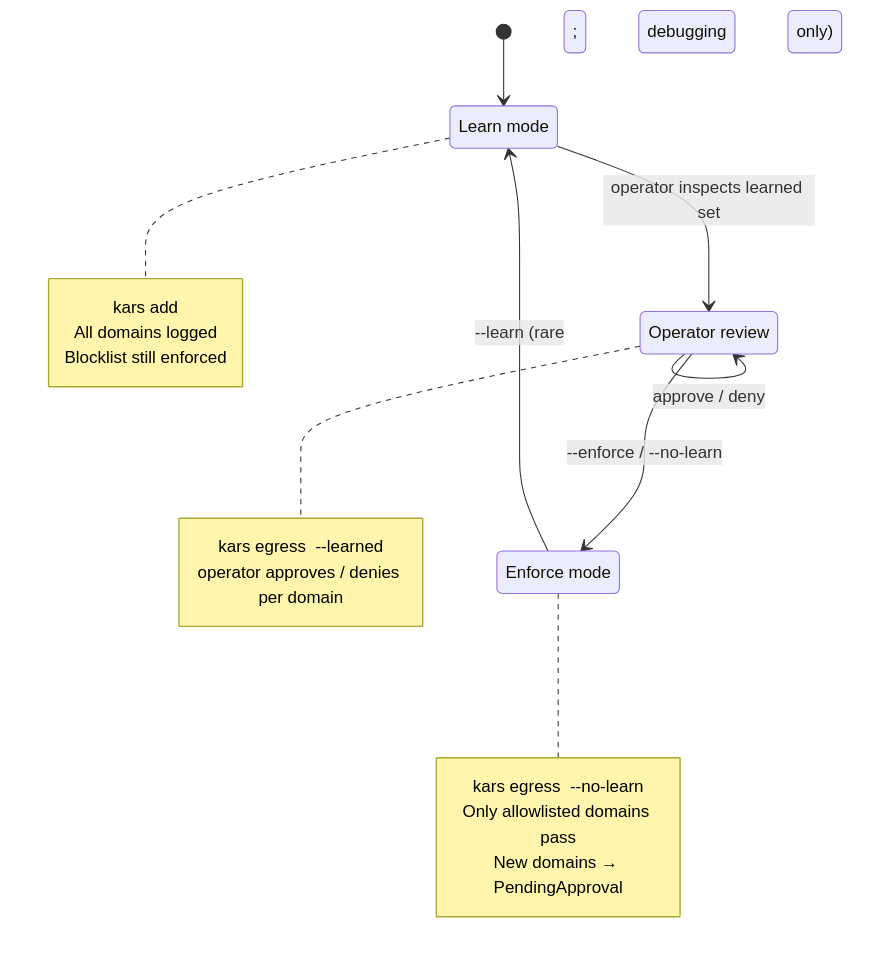
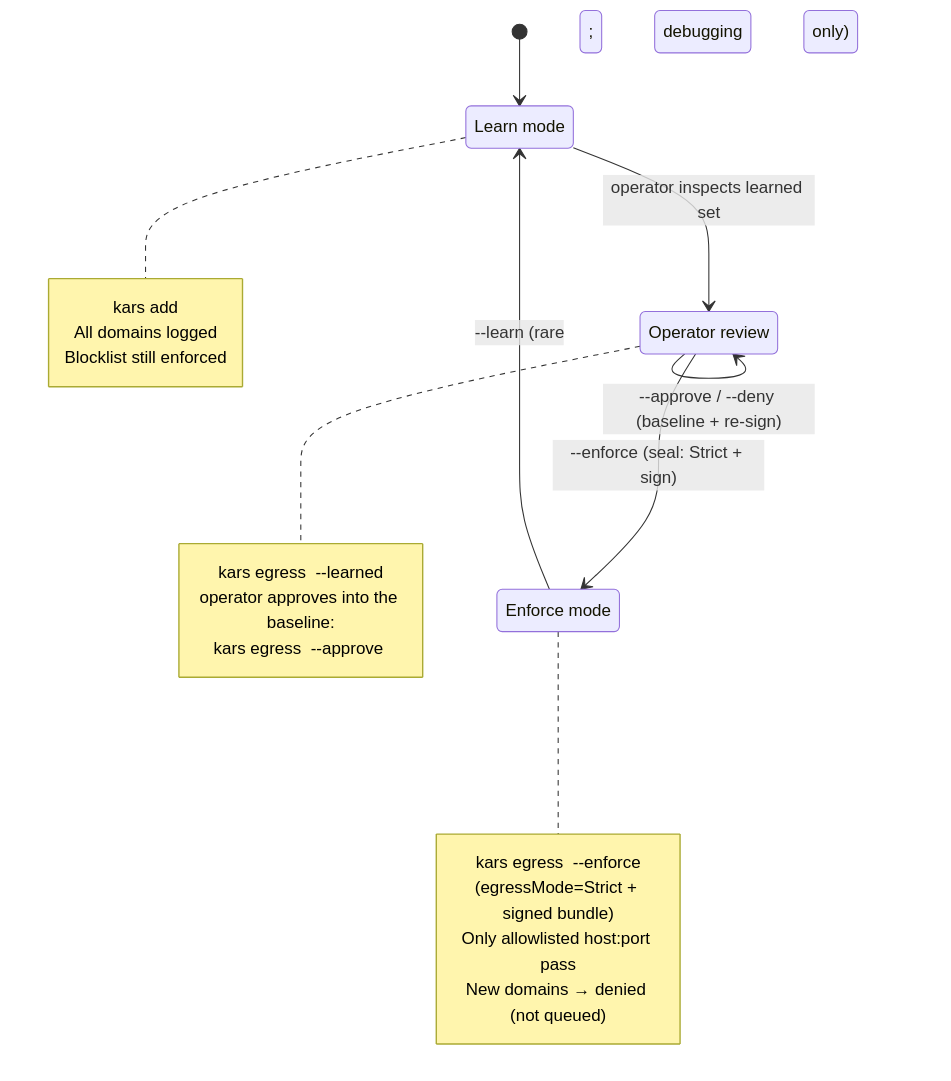
One commit to Azure/kars changed the second of 2 diagrams in docs/egress-proxy.md. Above: the diagram before and after it, drawn with Mermaid. The commit also changed other lines of this file and 6 other files, not shown here.

````diff
--- a/docs/egress-proxy.md
+++ b/docs/egress-proxy.md
@@ -169,25 +170,27 @@
 ```mermaid
 stateDiagram-v2
   state "Learn mode" as Learn
   state "Operator review" as Review
   state "Enforce mode" as Enforce
   [*] --> Learn
   note right of Learn
     kars add <name>
     All domains logged
     Blocklist still enforced
   end note
   note right of Review
     kars egress <name> --learned
-    operator approves / denies per domain
+    operator approves into the baseline:
+    kars egress <name> --approve <host>
   end note
   note right of Enforce
-    kars egress <name> --no-learn
-    Only allowlisted domains pass
-    New domains → PendingApproval
+    kars egress <name> --enforce
+    (egressMode=Strict + signed bundle)
+    Only allowlisted host:port pass
+    New domains → denied (not queued)
   end note
   Learn --> Review: operator inspects learned set
-  Review --> Review: approve / deny
-  Review --> Enforce: --enforce / --no-learn
+  Review --> Review: --approve / --deny (baseline + re-sign)
+  Review --> Enforce: --enforce (seal: Strict + sign)
   Enforce --> Learn: --learn (rare; debugging only)
 ```
````
